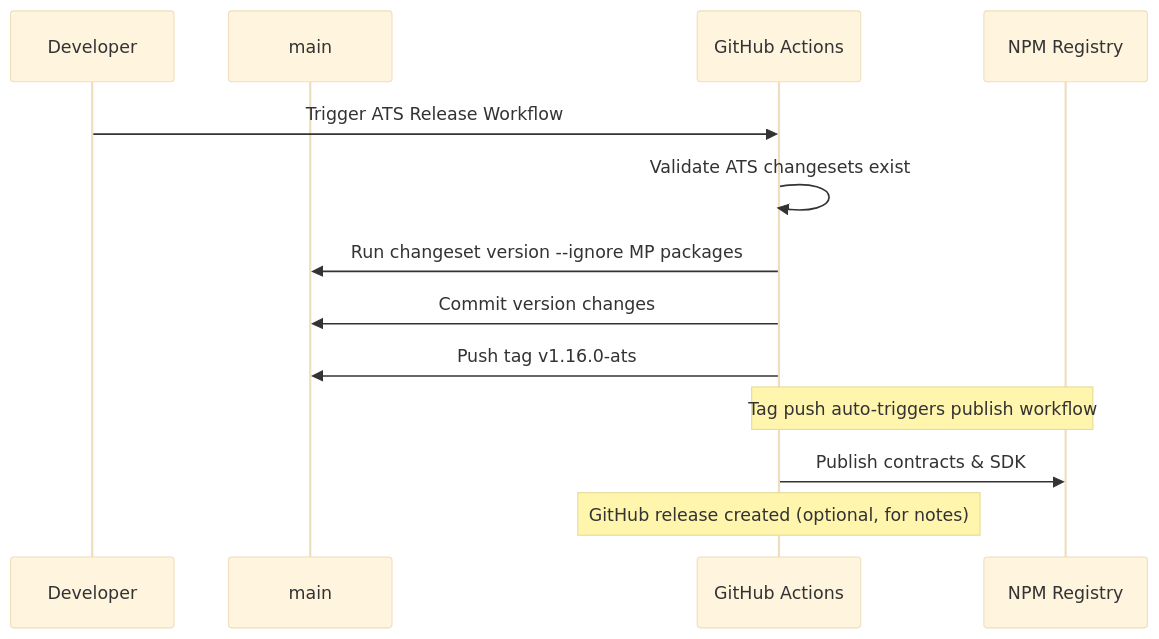
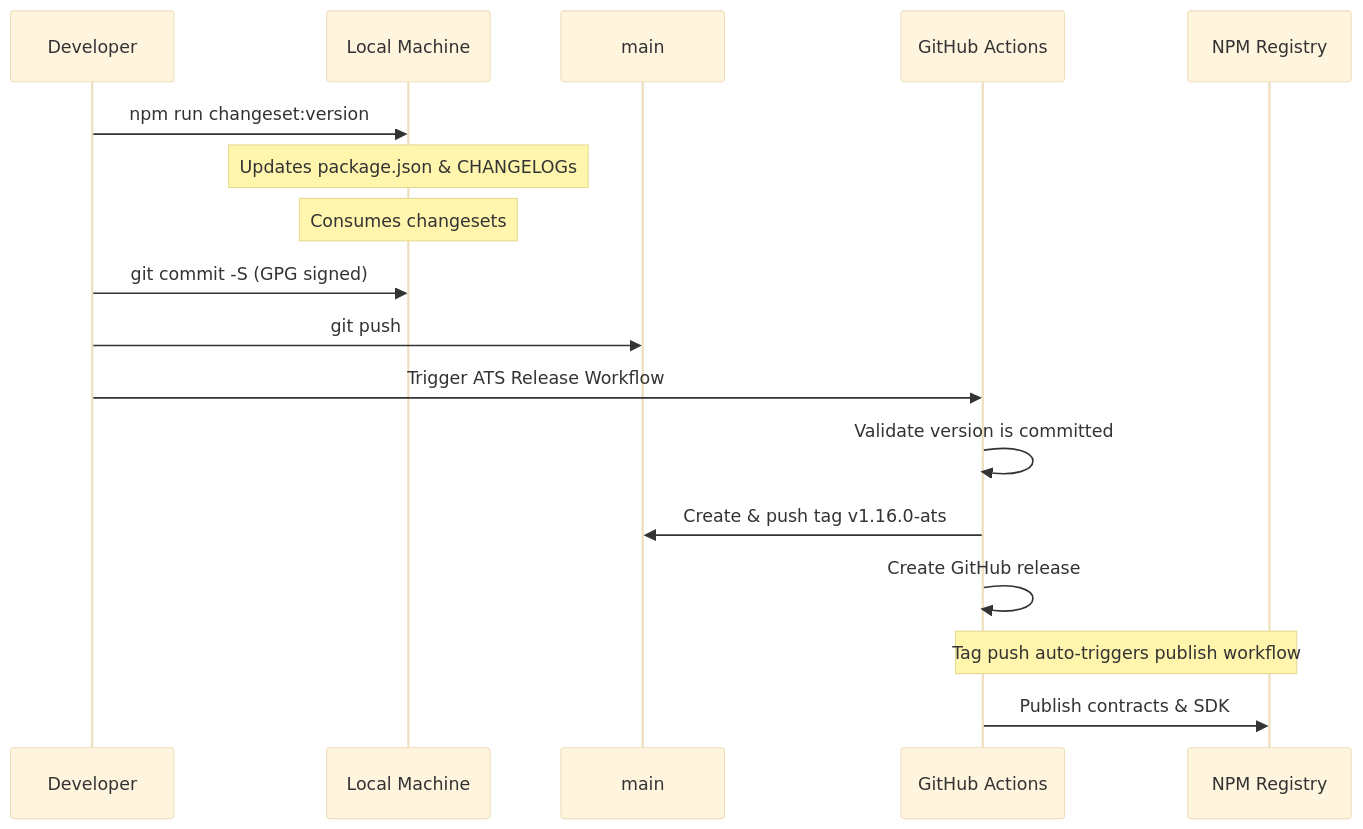
Before and after one commit to hashgraph/asset-tokenization-studio: the second of 5 diagrams in .github/WORKFLOWS.md, drawn with Mermaid (base theme). The commit also changed other lines of this file and 3 other files, not shown here.

Commit message:
fix: pipeline release workflows for ATS

````diff
--- a/.github/WORKFLOWS.md
+++ b/.github/WORKFLOWS.md
@@ -115,16 +117,20 @@
 ```mermaid
 sequenceDiagram
     participant Dev as Developer
+    participant Local as Local Machine
     participant M as main
     participant GH as GitHub Actions
     participant NPM as NPM Registry
 
+    Dev->>Local: npm run changeset:version
+    Note over Local: Updates package.json & CHANGELOGs
+    Note over Local: Consumes changesets
+    Dev->>Local: git commit -S (GPG signed)
+    Dev->>M: git push
     Dev->>GH: Trigger ATS Release Workflow
-    GH->>GH: Validate ATS changesets exist
-    GH->>M: Run changeset version --ignore MP packages
-    GH->>M: Commit version changes
-    GH->>M: Push tag v1.16.0-ats
+    GH->>GH: Validate version is committed
+    GH->>M: Create & push tag v1.16.0-ats
+    GH->>GH: Create GitHub release
     Note over GH,NPM: Tag push auto-triggers publish workflow
     GH->>NPM: Publish contracts & SDK
-    Note over GH: GitHub release created (optional, for notes)
 ```
````
